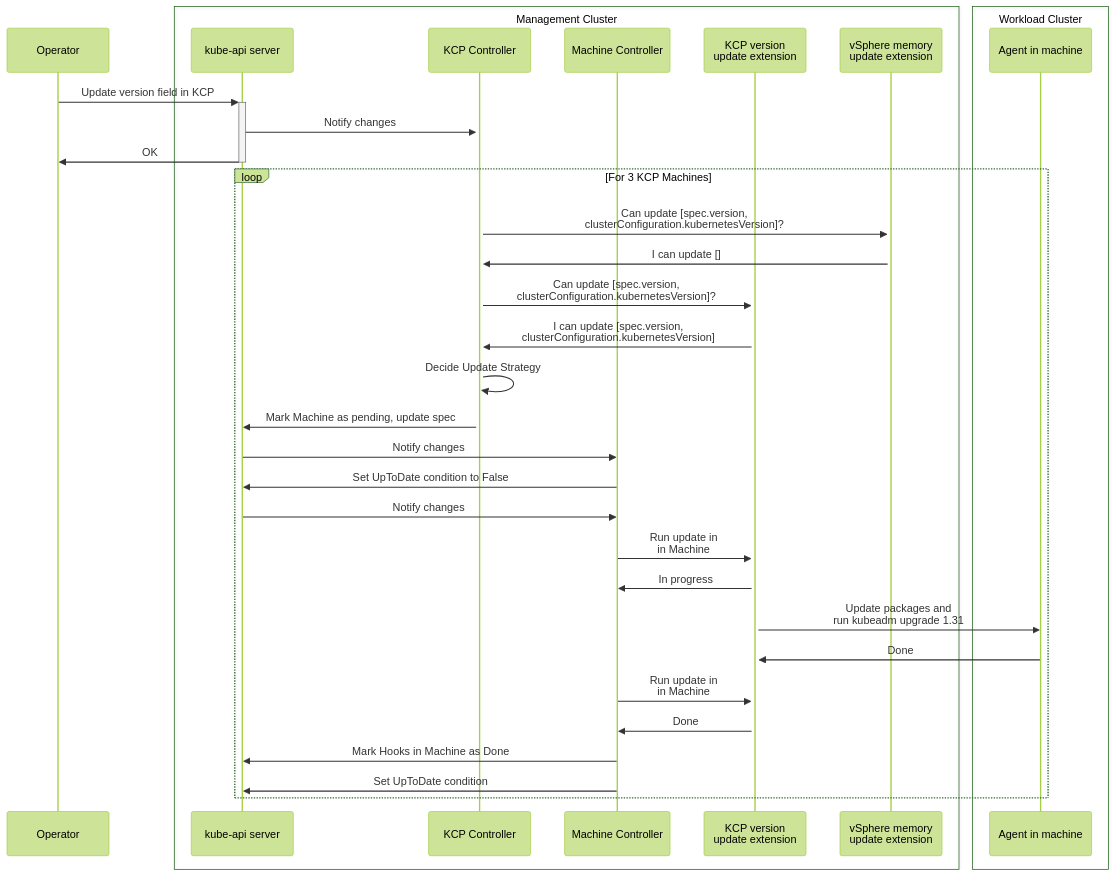
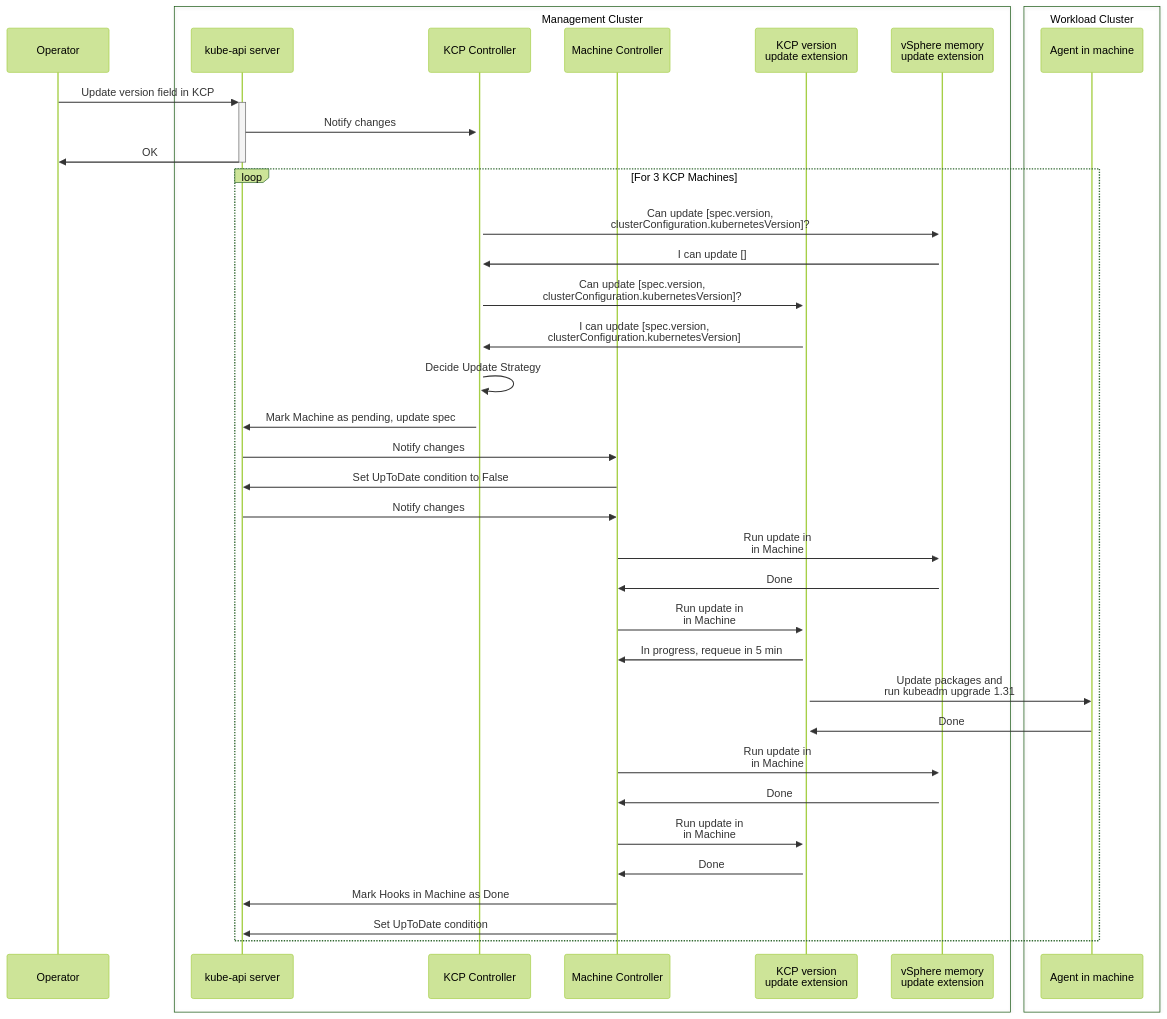
One commit to g-gaston/cluster-api changed the sixth of 9 diagrams in docs/proposals/20240807-in-place-updates.md. Above: the diagram before and after it, drawn with Mermaid (forest theme). The commit also changed other lines of this file, not shown here.

Commit message:
Clarify sequence in example and add repeating call to vsphere-vm-memory-update hook

````diff
--- a/docs/proposals/20240807-in-place-updates.md
+++ b/docs/proposals/20240807-in-place-updates.md
@@ -435,39 +435,43 @@
 ```mermaid
 sequenceDiagram
     participant Operator
 
     box Management Cluster
         participant apiserver as kube-api server
         participant capi as KCP Controller
         participant mach as Machine Controller
         participant hook as KCP version <br>update extension
         participant hook2 as vSphere memory <br>update extension
     end
     
     box Workload Cluster
         participant machines as Agent in machine
     end    
 
     Operator->>+apiserver: Update version field in KCP
     apiserver->>+capi: Notify changes
     apiserver->>-Operator: OK
     loop For 3 KCP Machines
         capi->>+hook2: Can update [spec.version,<br>clusterConfiguration.kubernetesVersion]?
         hook2->>capi: I can update []
         capi->>+hook: Can update [spec.version,<br>clusterConfiguration.kubernetesVersion]?
         hook->>capi: I can update [spec.version,<br>clusterConfiguration.kubernetesVersion]
         capi->>capi: Decide Update Strategy
         capi->>apiserver: Mark Machine as pending, update spec
         apiserver->>mach: Notify changes
         mach->>apiserver: Set UpToDate condition to False
         apiserver->>mach: Notify changes
+        mach->>hook2: Run update in<br> in Machine
+        hook2->>mach: Done
         mach->>hook: Run update in<br> in Machine
-        hook->>mach: In progress
+        hook->>mach: In progress, requeue in 5 min
         hook->>machines: Update packages and<br>run kubeadm upgrade 1.31
         machines->>hook: Done
+        mach->>hook2: Run update in<br> in Machine
+        hook2->>mach: Done
         mach->>hook: Run update in<br> in Machine
         hook->>mach: Done
         mach->>apiserver: Mark Hooks in Machine as Done
         mach->>apiserver: Set UpToDate condition
     end
 ```
````
